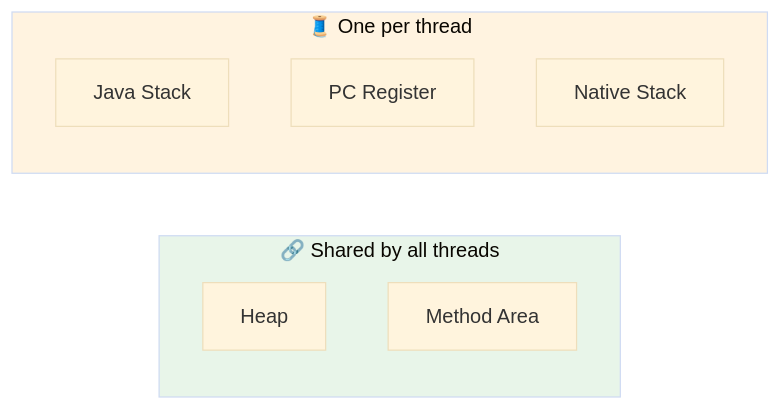
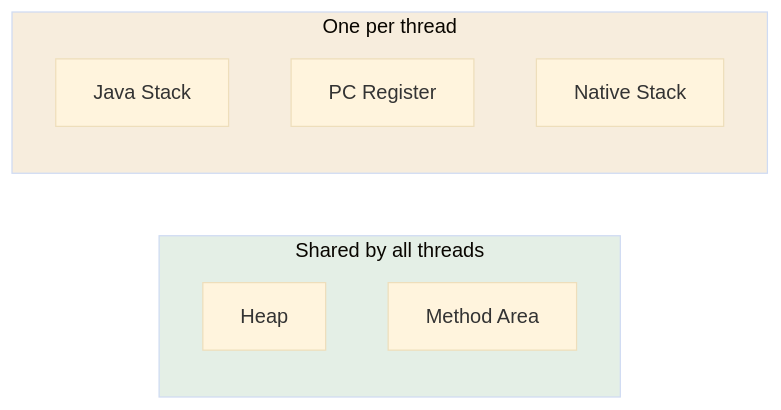
Before and after one commit to kundankumarsharma56/Leaning-Java: the second of 2 diagrams in src/Theory/01-Java-Introduction-and-Setup/10-JVM-Architecture.md, drawn with Mermaid (base theme). The commit also changed other lines of this file and 84 other files, not shown here.

````diff
--- a/src/Theory/01-Java-Introduction-and-Setup/10-JVM-Architecture.md
+++ b/src/Theory/01-Java-Introduction-and-Setup/10-JVM-Architecture.md
@@ -73,14 +73,14 @@
 ```mermaid
 flowchart LR
-    subgraph SH["🔗 Shared by all threads"]
+    subgraph SH["Shared by all threads"]
         H["Heap"]
         M["Method Area"]
     end
-    subgraph PT["🧵 One per thread"]
+    subgraph PT["One per thread"]
         S["Java Stack"]
         P["PC Register"]
         N["Native Stack"]
     end
-    style SH fill:#e8f5e9
-    style PT fill:#fff3e0
+    style SH fill:#e4efe6
+    style PT fill:#f7eddd
 ```
````
